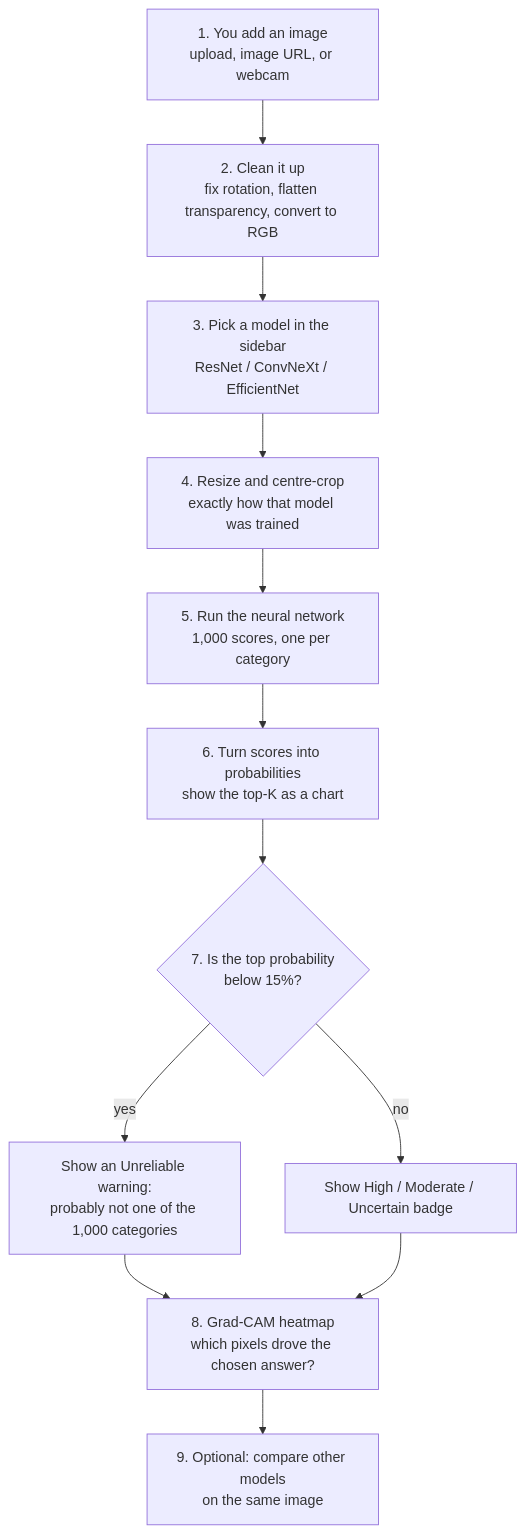
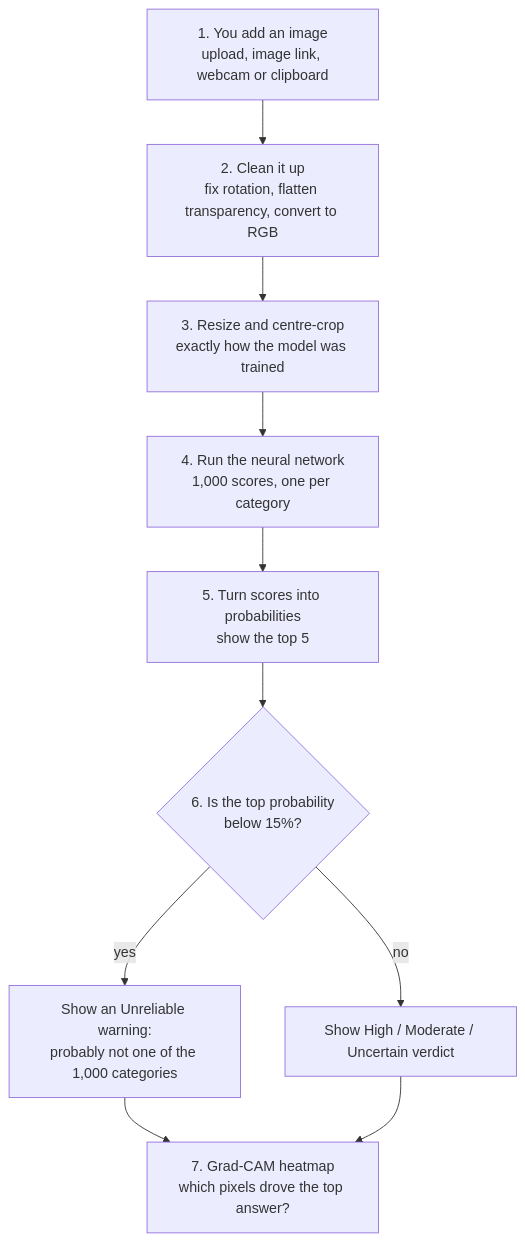
One commit to laavanjan/imagenet-model-explorer changed the first of 2 diagrams in README.md. Above: the diagram before and after it, drawn with Mermaid. The commit also changed other lines of this file, not shown here.

````diff
--- a/README.md
+++ b/README.md
@@ -35,14 +22,12 @@
 ```mermaid
 flowchart TD
-    A["1. You add an image<br/>upload, image URL, or webcam"] --> B["2. Clean it up<br/>fix rotation, flatten transparency, convert to RGB"]
-    B --> C["3. Pick a model in the sidebar<br/>ResNet / ConvNeXt / EfficientNet"]
-    C --> D["4. Resize and centre-crop<br/>exactly how that model was trained"]
-    D --> E["5. Run the neural network<br/>1,000 scores, one per category"]
-    E --> F["6. Turn scores into probabilities<br/>show the top-K as a chart"]
-    F --> G{"7. Is the top probability<br/>below 15%?"}
-    G -- yes --> H["Show an Unreliable warning:<br/>probably not one of the 1,000 categories"]
-    G -- no --> I["Show High / Moderate / Uncertain badge"]
-    H --> J["8. Grad-CAM heatmap<br/>which pixels drove the chosen answer?"]
-    I --> J
-    J --> K["9. Optional: compare other models<br/>on the same image"]
+    A["1. You add an image<br/>upload, image link, webcam or clipboard"] --> B["2. Clean it up<br/>fix rotation, flatten transparency, convert to RGB"]
+    B --> C["3. Resize and centre-crop<br/>exactly how the model was trained"]
+    C --> D["4. Run the neural network<br/>1,000 scores, one per category"]
+    D --> E["5. Turn scores into probabilities<br/>show the top 5"]
+    E --> F{"6. Is the top probability<br/>below 15%?"}
+    F -- yes --> G["Show an Unreliable warning:<br/>probably not one of the 1,000 categories"]
+    F -- no --> H["Show High / Moderate / Uncertain verdict"]
+    G --> I["7. Grad-CAM heatmap<br/>which pixels drove the top answer?"]
+    H --> I
 ```
````
